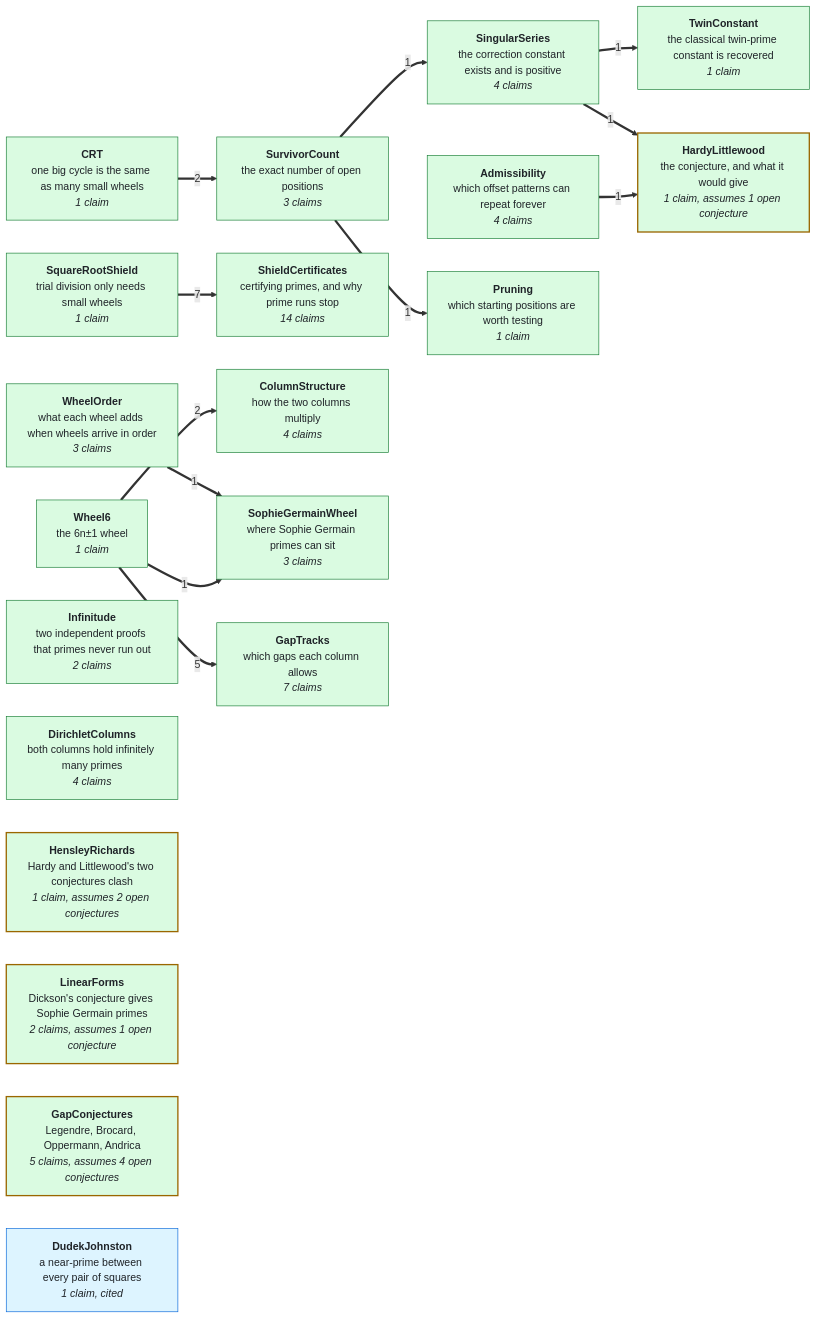
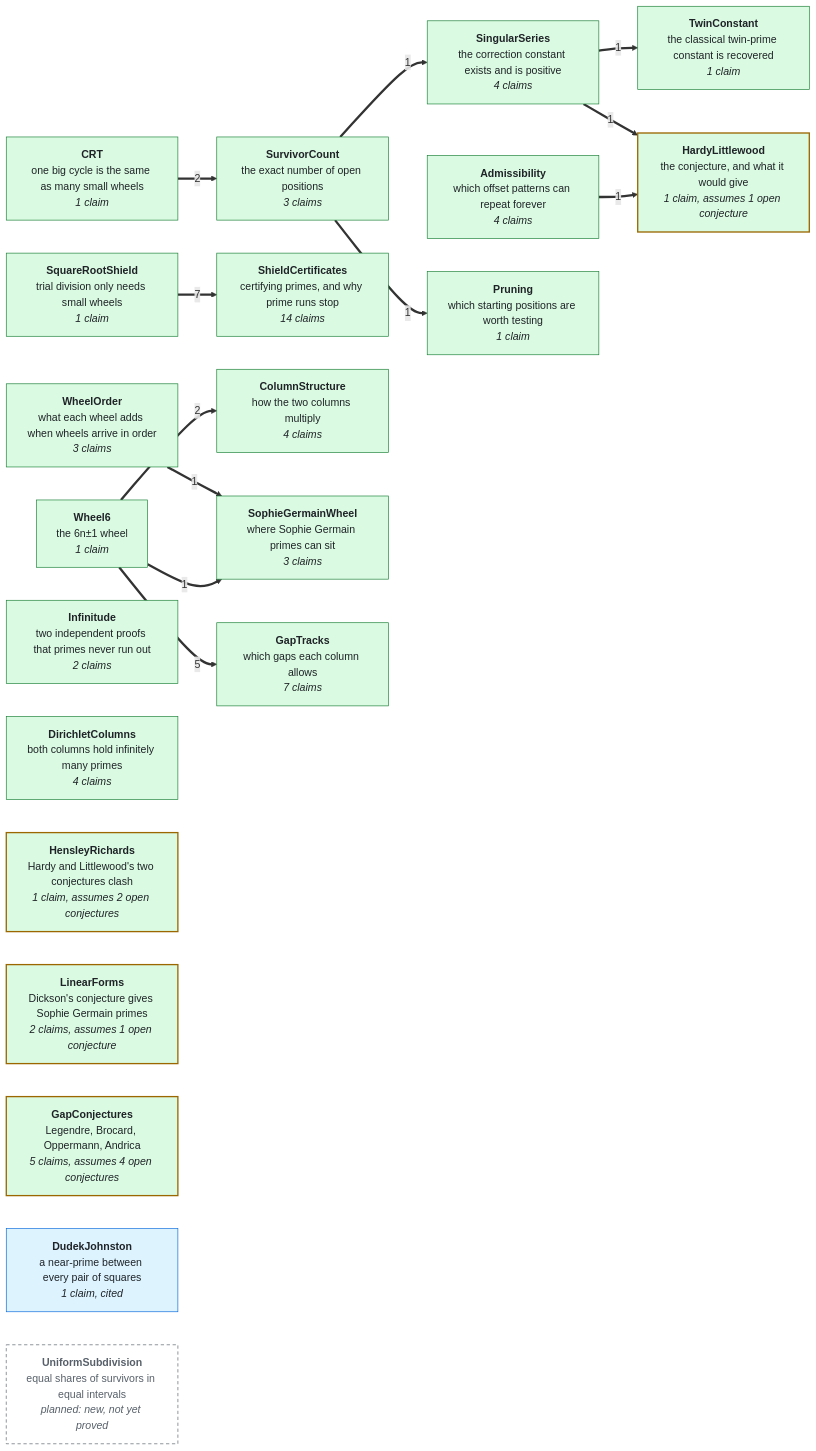
Before and after one commit to golfbum71/RNS-Sieve-Network: the first of 2 diagrams in GRAPH.md, drawn with Mermaid. The commit also changed other lines of this file and 8 other files, not shown here.

First line of the commit message:
Add UniformSubdivision node (claims only, not yet built)

````diff
--- a/GRAPH.md
+++ b/GRAPH.md
@@ -37,64 +37,68 @@
 ```mermaid
 graph LR
   N_Wheel6["<b>Wheel6</b><br/>the 6n±1 wheel<br/><i>1 claim</i>"]
   N_CRT["<b>CRT</b><br/>one big cycle is the same as many small wheels<br/><i>1 claim</i>"]
   N_SquareRootShield["<b>SquareRootShield</b><br/>trial division only needs small wheels<br/><i>1 claim</i>"]
   N_Admissibility["<b>Admissibility</b><br/>which offset patterns can repeat forever<br/><i>4 claims</i>"]
   N_SurvivorCount["<b>SurvivorCount</b><br/>the exact number of open positions<br/><i>3 claims</i>"]
   N_SingularSeries["<b>SingularSeries</b><br/>the correction constant exists and is positive<br/><i>4 claims</i>"]
   N_TwinConstant["<b>TwinConstant</b><br/>the classical twin-prime constant is recovered<br/><i>1 claim</i>"]
   N_Pruning["<b>Pruning</b><br/>which starting positions are worth testing<br/><i>1 claim</i>"]
   N_WheelOrder["<b>WheelOrder</b><br/>what each wheel adds when wheels arrive in order<br/><i>3 claims</i>"]
   N_ShieldCertificates["<b>ShieldCertificates</b><br/>certifying primes, and why prime runs stop<br/><i>14 claims</i>"]
   N_Infinitude["<b>Infinitude</b><br/>two independent proofs that primes never run out<br/><i>2 claims</i>"]
   N_ColumnStructure["<b>ColumnStructure</b><br/>how the two columns multiply<br/><i>4 claims</i>"]
   N_DirichletColumns["<b>DirichletColumns</b><br/>both columns hold infinitely many primes<br/><i>4 claims</i>"]
   N_HardyLittlewood["<b>HardyLittlewood</b><br/>the conjecture, and what it would give<br/><i>1 claim, assumes 1 open conjecture</i>"]
   N_HensleyRichards["<b>HensleyRichards</b><br/>Hardy and Littlewood's two conjectures clash<br/><i>1 claim, assumes 2 open conjectures</i>"]
   N_LinearForms["<b>LinearForms</b><br/>Dickson's conjecture gives Sophie Germain primes<br/><i>2 claims, assumes 1 open conjecture</i>"]
   N_GapConjectures["<b>GapConjectures</b><br/>Legendre, Brocard, Oppermann, Andrica<br/><i>5 claims, assumes 4 open conjectures</i>"]
   N_SophieGermainWheel["<b>SophieGermainWheel</b><br/>where Sophie Germain primes can sit<br/><i>3 claims</i>"]
   N_GapTracks["<b>GapTracks</b><br/>which gaps each column allows<br/><i>7 claims</i>"]
   N_DudekJohnston["<b>DudekJohnston</b><br/>a near-prime between every pair of squares<br/><i>1 claim, cited</i>"]
+  N_UniformSubdivision["<b>UniformSubdivision</b><br/>equal shares of survivors in equal intervals<br/><i>planned: new, not yet proved</i>"]
   N_CRT ==>|2| N_SurvivorCount
   N_SurvivorCount ==>|1| N_SingularSeries
   N_SingularSeries ==>|1| N_TwinConstant
   N_SurvivorCount ==>|1| N_Pruning
   N_SquareRootShield ==>|7| N_ShieldCertificates
   N_Wheel6 ==>|2| N_ColumnStructure
   N_Admissibility ==>|1| N_HardyLittlewood
   N_SingularSeries ==>|1| N_HardyLittlewood
   N_Wheel6 ==>|1| N_SophieGermainWheel
   N_WheelOrder ==>|1| N_SophieGermainWheel
   N_Wheel6 ==>|5| N_GapTracks
   classDef verified fill:#dafbe1,stroke:#1a7f37,color:#1f2328;
   classDef conditional_built fill:#dafbe1,stroke:#9a6700,color:#1f2328,stroke-width:2px;
   classDef cited_built fill:#ddf4ff,stroke:#0969da,color:#1f2328;
   classDef planned fill:#ffffff,stroke:#1a7f37,color:#57606a,stroke-dasharray: 5 4;
   classDef conditional fill:#ffffff,stroke:#9a6700,color:#57606a,stroke-dasharray: 5 4;
   classDef cited fill:#ffffff,stroke:#0969da,color:#57606a,stroke-dasharray: 5 4;
+  classDef new fill:#ffffff,stroke:#57606a,color:#57606a,stroke-dasharray: 5 4;
   classDef openconj fill:#fff8c5,stroke:#9a6700,color:#1f2328;
   class N_Wheel6,N_CRT,N_SquareRootShield,N_Admissibility,N_SurvivorCount,N_SingularSeries,N_TwinConstant,N_Pruning,N_WheelOrder,N_ShieldCertificates,N_Infinitude,N_ColumnStructure,N_DirichletColumns,N_SophieGermainWheel,N_GapTracks verified;
   class N_HardyLittlewood,N_HensleyRichards,N_LinearForms,N_GapConjectures conditional_built;
   class N_DudekJohnston cited_built;
+  class N_UniformSubdivision new;
   click N_Wheel6 href "https://github.com/golfbum71/RNS-Sieve-Network/blob/main/docs/nodes/Wheel6.md" _blank
   click N_CRT href "https://github.com/golfbum71/RNS-Sieve-Network/blob/main/docs/nodes/CRT.md" _blank
   click N_SquareRootShield href "https://github.com/golfbum71/RNS-Sieve-Network/blob/main/docs/nodes/SquareRootShield.md" _blank
   click N_Admissibility href "https://github.com/golfbum71/RNS-Sieve-Network/blob/main/docs/nodes/Admissibility.md" _blank
   click N_SurvivorCount href "https://github.com/golfbum71/RNS-Sieve-Network/blob/main/docs/nodes/SurvivorCount.md" _blank
   click N_SingularSeries href "https://github.com/golfbum71/RNS-Sieve-Network/blob/main/docs/nodes/SingularSeries.md" _blank
   click N_TwinConstant href "https://github.com/golfbum71/RNS-Sieve-Network/blob/main/docs/nodes/TwinConstant.md" _blank
   click N_Pruning href "https://github.com/golfbum71/RNS-Sieve-Network/blob/main/docs/nodes/Pruning.md" _blank
   click N_WheelOrder href "https://github.com/golfbum71/RNS-Sieve-Network/blob/main/docs/nodes/WheelOrder.md" _blank
   click N_ShieldCertificates href "https://github.com/golfbum71/RNS-Sieve-Network/blob/main/docs/nodes/ShieldCertificates.md" _blank
   click N_Infinitude href "https://github.com/golfbum71/RNS-Sieve-Network/blob/main/docs/nodes/Infinitude.md" _blank
   click N_ColumnStructure href "https://github.com/golfbum71/RNS-Sieve-Network/blob/main/docs/nodes/ColumnStructure.md" _blank
   click N_DirichletColumns href "https://github.com/golfbum71/RNS-Sieve-Network/blob/main/docs/nodes/DirichletColumns.md" _blank
   click N_HardyLittlewood href "https://github.com/golfbum71/RNS-Sieve-Network/blob/main/docs/nodes/HardyLittlewood.md" _blank
   click N_HensleyRichards href "https://github.com/golfbum71/RNS-Sieve-Network/blob/main/docs/nodes/HensleyRichards.md" _blank
   click N_LinearForms href "https://github.com/golfbum71/RNS-Sieve-Network/blob/main/docs/nodes/LinearForms.md" _blank
   click N_GapConjectures href "https://github.com/golfbum71/RNS-Sieve-Network/blob/main/docs/nodes/GapConjectures.md" _blank
   click N_SophieGermainWheel href "https://github.com/golfbum71/RNS-Sieve-Network/blob/main/docs/nodes/SophieGermainWheel.md" _blank
   click N_GapTracks href "https://github.com/golfbum71/RNS-Sieve-Network/blob/main/docs/nodes/GapTracks.md" _blank
   click N_DudekJohnston href "https://github.com/golfbum71/RNS-Sieve-Network/blob/main/docs/nodes/DudekJohnston.md" _blank
+  click N_UniformSubdivision href "https://github.com/golfbum71/RNS-Sieve-Network/blob/main/docs/nodes/UniformSubdivision.md" _blank
 ```
````
